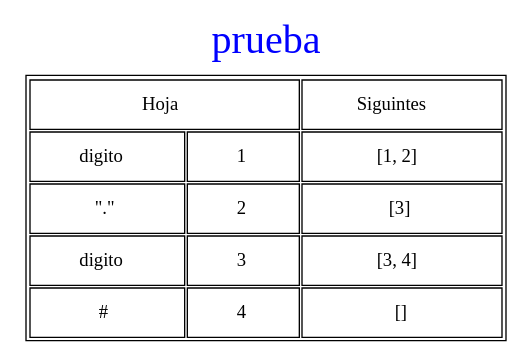
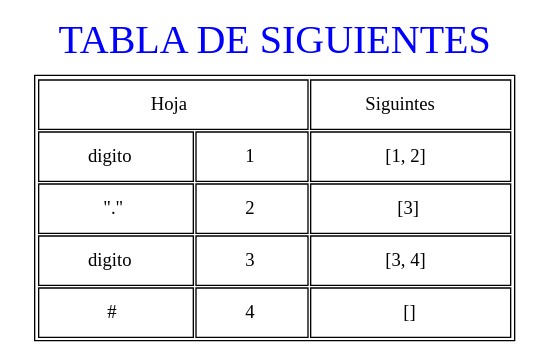
The diagram in Proyecto1_OLC1_1S2023/OLC1_PY1_201906562/SIGUIENTES_201906562/ExpReg-decimales.dot (Henryterraza/OLC1_1S2023_PY_201906562), drawn with Graphviz before and after one commit. The commit also changed 27 other files, not shown here.

```diff
--- a/Proyecto1_OLC1_1S2023/OLC1_PY1_201906562/SIGUIENTES_201906562/ExpReg-decimales.dot
+++ b/Proyecto1_OLC1_1S2023/OLC1_PY1_201906562/SIGUIENTES_201906562/ExpReg-decimales.dot
@@ -1,33 +1,33 @@
 digraph G {
-label     = "prueba"
+label     = "TABLA DE SIGUIENTES"
 labelloc  =  t // t: Place the graph's title on top.
 fontsize  = 30 // Make title stand out by giving a large font size 
 fontcolor = blue
 N_1[shape = none label=<
 <TABLE border="1" cellspacing="2" cellpadding="10" >
 <TR>
 <TD colspan="2" width="200">Hoja</TD>
 <TD colspan="1" width="150">Siguintes</TD>
 </TR>
 <TR>
  <TD>digito</TD>
  <TD>1</TD>
  <TD>[1, 2]</TD>
  </TR>
 <TR>
  <TD>"."</TD>
  <TD>2</TD>
  <TD>[3]</TD>
  </TR>
 <TR>
  <TD>digito</TD>
  <TD>3</TD>
  <TD>[3, 4]</TD>
  </TR>
 <TR>
  <TD>#</TD>
  <TD>4</TD>
  <TD>[]</TD>
  </TR>
 </TABLE>>]
 }
```
